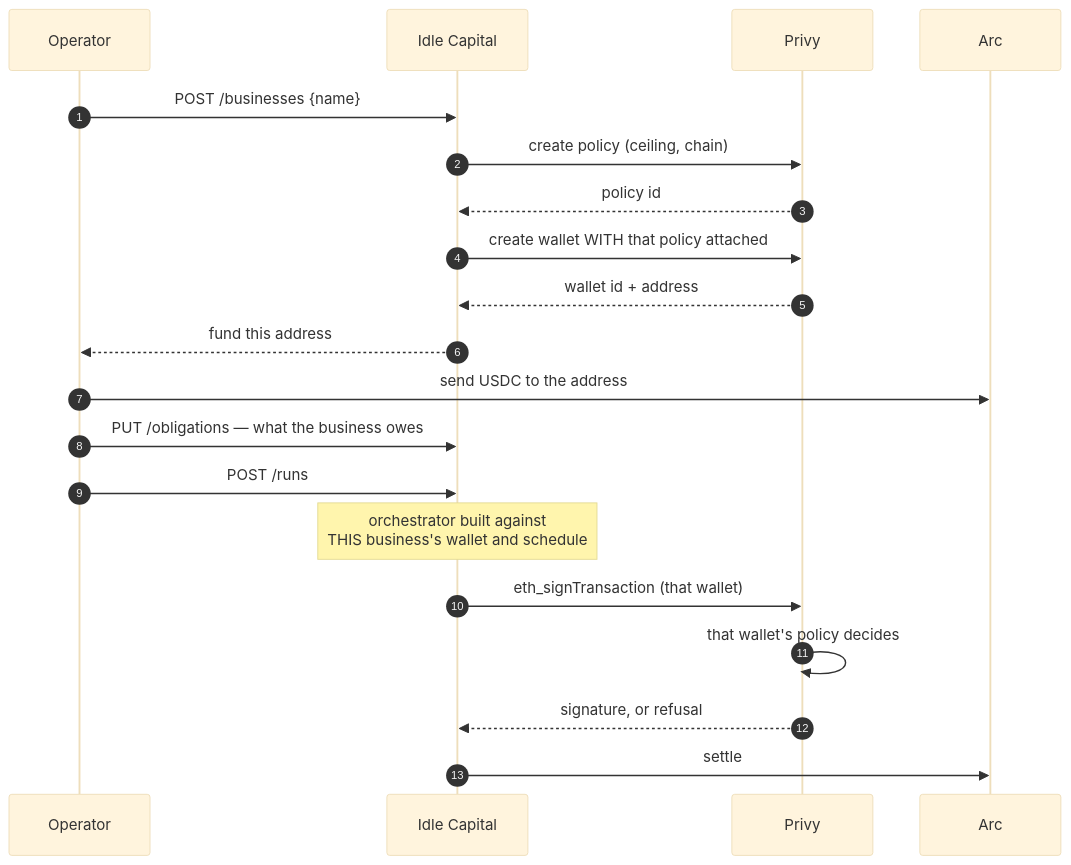
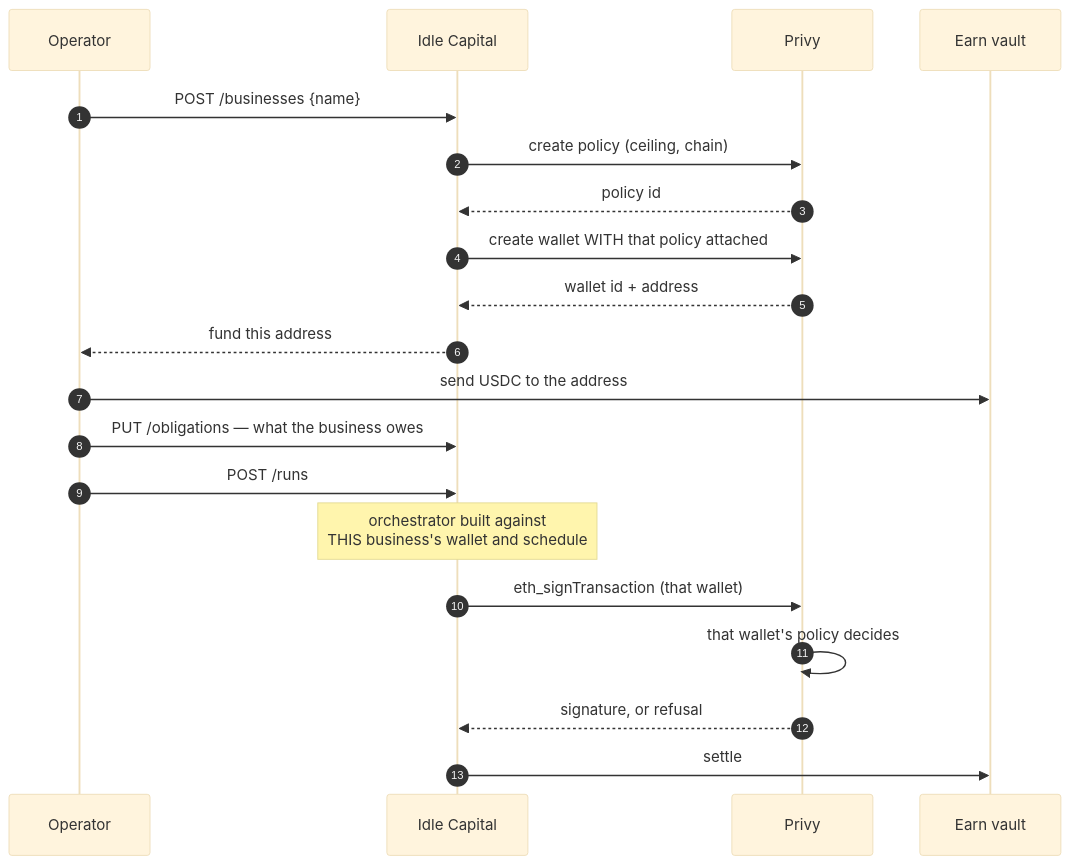
One commit to PhantomOz/idle-capital changed the fifth of 5 diagrams in docs/architecture.md. Above: the diagram before and after it, drawn with Mermaid (base theme). The commit also changed other lines of this file and 2 other files, not shown here.

````diff
--- a/docs/architecture.md
+++ b/docs/architecture.md
@@ -356,24 +356,24 @@
 ```mermaid
 sequenceDiagram
     autonumber
     participant U as Operator
     participant API as Idle Capital
     participant PV as Privy
-    participant AC as Arc
+    participant AC as Earn vault
 
     U->>API: POST /businesses {name}
     API->>PV: create policy (ceiling, chain)
     PV-->>API: policy id
     API->>PV: create wallet WITH that policy attached
     PV-->>API: wallet id + address
     API-->>U: fund this address
 
     U->>AC: send USDC to the address
     U->>API: PUT /obligations — what the business owes
     U->>API: POST /runs
     Note over API: orchestrator built against<br/>THIS business's wallet and schedule
     API->>PV: eth_signTransaction (that wallet)
     PV->>PV: that wallet's policy decides
     PV-->>API: signature, or refusal
     API->>AC: settle
 ```
````
